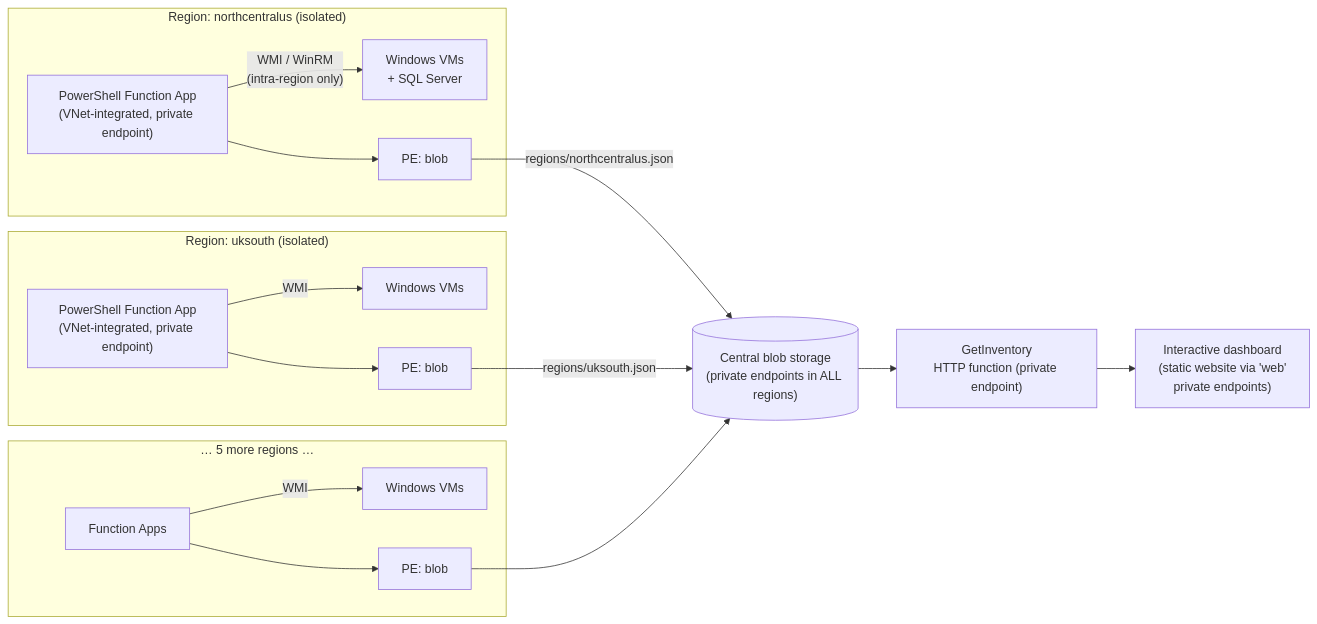
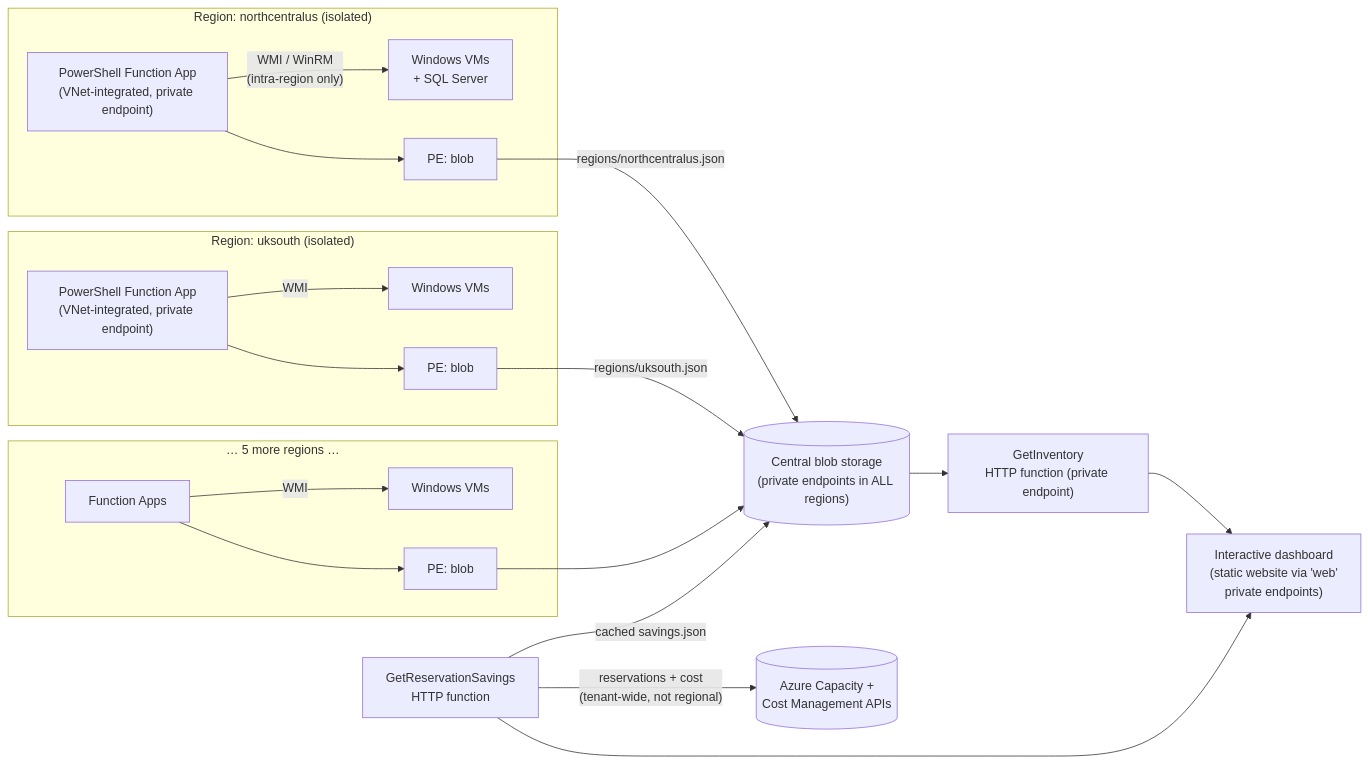
One commit to slakhani10/Claude changed the diagram in README.md. Above: the diagram before and after it, drawn with Mermaid. The commit also changed other lines of this file and 14 other files, not shown here.

````diff
--- a/README.md
+++ b/README.md
@@ -36,22 +36,26 @@
 ```mermaid
 flowchart LR
     subgraph R1["Region: northcentralus (isolated)"]
         F1["PowerShell Function App\n(VNet-integrated, private endpoint)"] -- "WMI / WinRM\n(intra-region only)" --> S1["Windows VMs\n+ SQL Server"]
         F1 --> PE1["PE: blob"]
     end
     subgraph R2["Region: uksouth (isolated)"]
         F2["PowerShell Function App\n(VNet-integrated, private endpoint)"] -- WMI --> S2["Windows VMs"]
         F2 --> PE2["PE: blob"]
     end
     subgraph R3["… 5 more regions …"]
         F3["Function Apps"] -- WMI --> S3["Windows VMs"]
         F3 --> PE3["PE: blob"]
     end
 
     PE1 -- "regions/northcentralus.json" --> B[("Central blob storage\n(private endpoints in ALL regions)")]
     PE2 -- "regions/uksouth.json" --> B
     PE3 --> B
 
     B --> AGG["GetInventory\nHTTP function (private endpoint)"]
     AGG --> D["Interactive dashboard\n(static website via 'web'\nprivate endpoints)"]
+
+    RES["GetReservationSavings\nHTTP function"] -- "reservations + cost\n(tenant-wide, not regional)" --> ARM[("Azure Capacity +\nCost Management APIs")]
+    RES -- "cached savings.json" --> B
+    RES --> D
 ```
````
